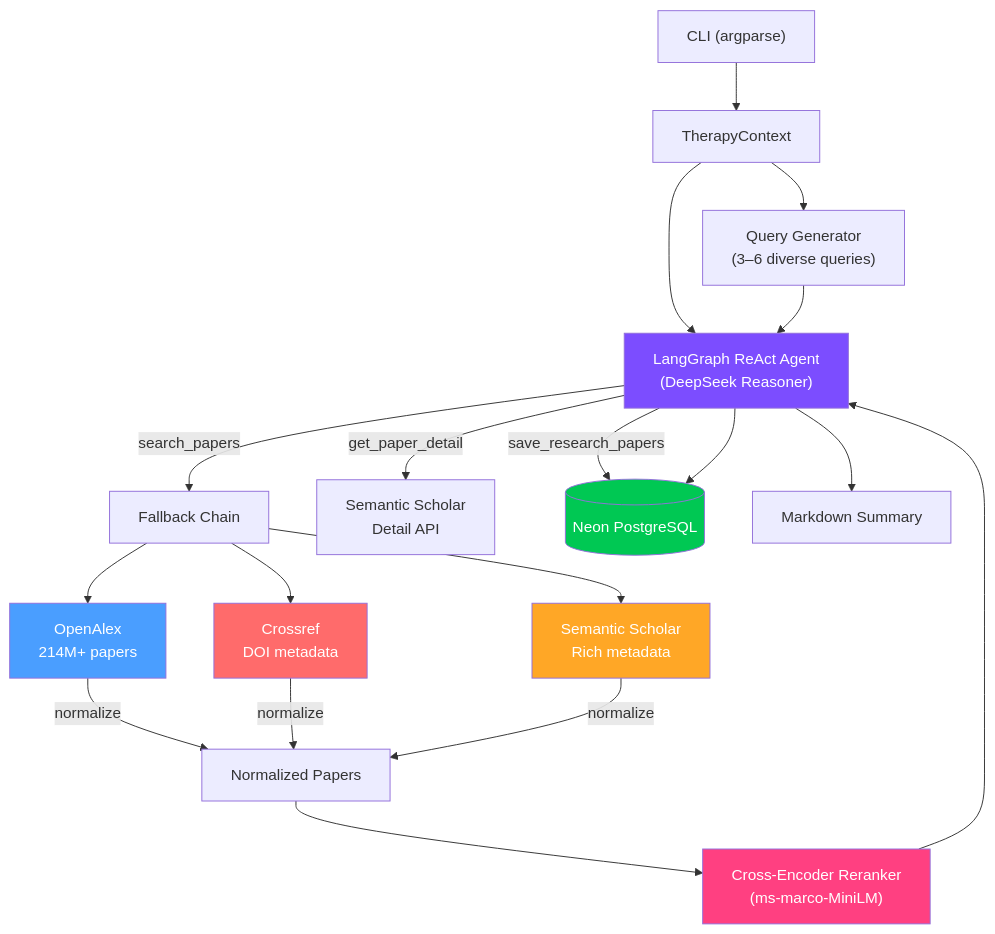
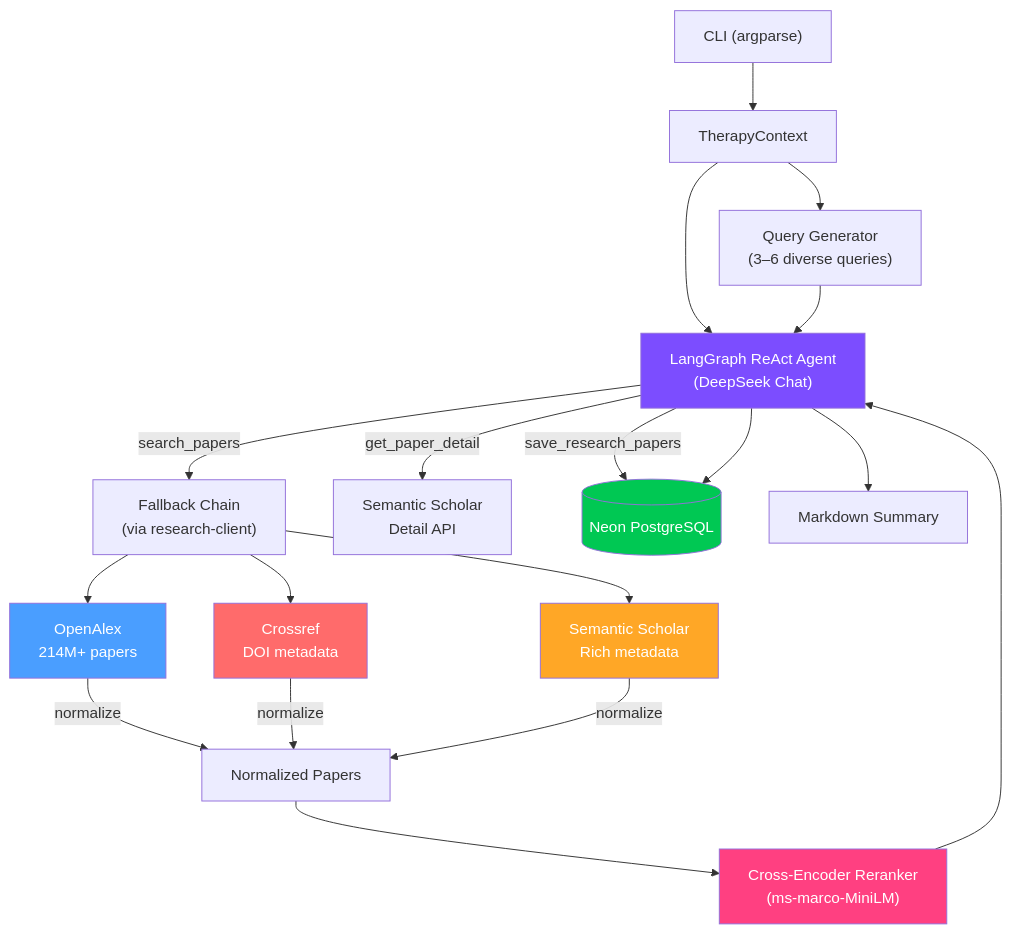
The first of 8 diagrams in apps/research-thera/backend/README.md (v9ai/ai-apps), drawn with Mermaid before and after one commit. The commit also changed other lines of this file and 19 other files, not shown here.

First line of the commit message:
(lead-gen,research-thera): All 5 done. Here's the final state — all 7 READMEs now use mermaid:

````diff
--- a/apps/research-thera/backend/README.md
+++ b/apps/research-thera/backend/README.md
@@ -7,33 +7,33 @@
 ```mermaid
 graph TB
     CLI["CLI (argparse)"] --> TC[TherapyContext]
-    TC --> LG["LangGraph ReAct Agent<br/>(DeepSeek Reasoner)"]
+    TC --> LG["LangGraph ReAct Agent<br/>(DeepSeek Chat)"]
     TC --> QG["Query Generator<br/>(3–6 diverse queries)"]
 
     QG --> LG
 
-    LG -->|"search_papers"| FB[Fallback Chain]
+    LG -->|"search_papers"| FB["Fallback Chain<br/>(via research-client)"]
     LG -->|"get_paper_detail"| SS3["Semantic Scholar<br/>Detail API"]
     LG -->|"save_research_papers"| Neon[(Neon PostgreSQL)]
 
     FB --> OA["OpenAlex<br/>214M+ papers"]
     FB --> CR["Crossref<br/>DOI metadata"]
     FB --> SS["Semantic Scholar<br/>Rich metadata"]
 
     OA -->|normalize| NL[Normalized Papers]
     CR -->|normalize| NL
     SS -->|normalize| NL
 
     NL --> RR["Cross-Encoder Reranker<br/>(ms-marco-MiniLM)"]
     RR --> LG
 
     LG --> MD[Markdown Summary]
     LG --> Neon
 
     style OA fill:#4a9eff,color:#fff
     style CR fill:#ff6b6b,color:#fff
     style SS fill:#ffa726,color:#fff
     style LG fill:#7c4dff,color:#fff
     style Neon fill:#00c853,color:#fff
     style RR fill:#ff4081,color:#fff
 ```
````
